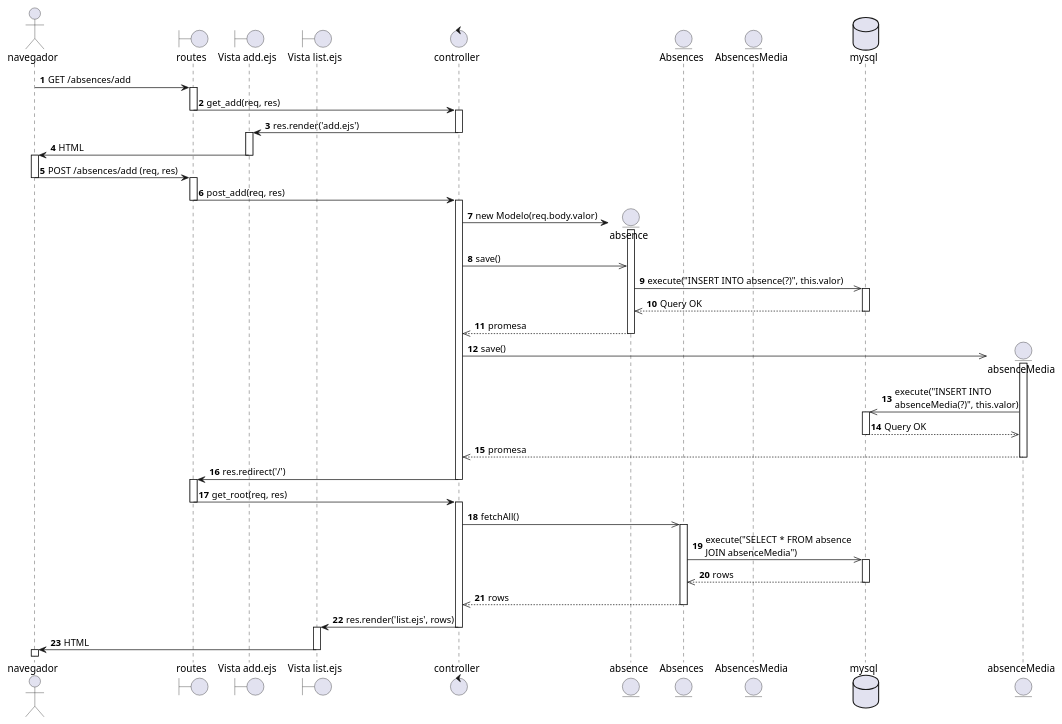
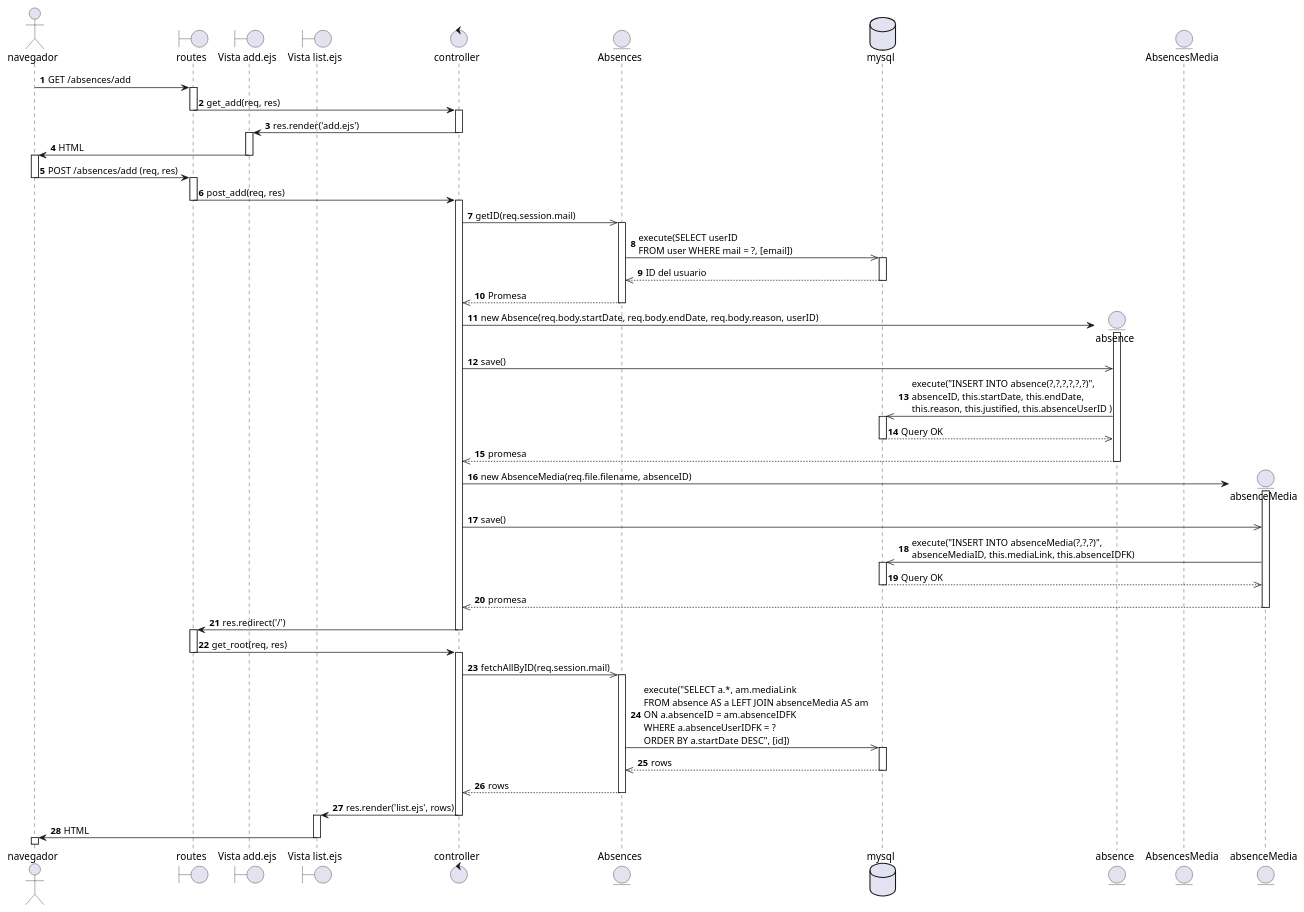
The diagram in diagrams/Casos de Uso/yael req fun/Diagramas de Secuencia/registrarAusencia.puml (EdCanCe/WorkCells), drawn with PlantUML before and after one commit. The commit also changed 3 other files, not shown here.

Commit message:
Update: diagramas de secuencia para absences y oneonone

```diff
--- a/diagrams/Casos de Uso/yael req fun/Diagramas de Secuencia/registrarAusencia.puml
+++ b/diagrams/Casos de Uso/yael req fun/Diagramas de Secuencia/registrarAusencia.puml
@@ -1,79 +1,87 @@
 @startuml
 
 actor navegador
 boundary routes
 boundary "Vista add.ejs" as add
 boundary "Vista list.ejs" as list
 control controller
 
 autonumber
 navegador -> routes: GET /absences/add
 activate routes
 routes -> controller: get_add(req, res)
 deactivate routes
 activate controller
 controller -> add: res.render('add.ejs')
 deactivate controller
 activate add
 add -> navegador: HTML
 deactivate add
 activate navegador
 
 navegador -> routes: POST /absences/add (req, res)
 deactivate navegador
 activate routes
 routes -> controller: post_add(req, res)
 deactivate routes
 activate controller
 
+entity Absences
+database mysql
+controller ->> Absences: getID(req.session.mail)
+activate Absences
+Absences ->> mysql: execute(SELECT userID \nFROM user WHERE mail = ?, [email])
+activate mysql
+mysql -->> Absences: ID del usuario
+deactivate mysql
+Absences -->> controller: Promesa
+deactivate Absences
+
 create entity absence
-controller -> absence: new Modelo(req.body.valor)
+controller -> absence: new Absence(req.body.startDate, req.body.endDate, req.body.reason, userID)
 activate absence
 controller ->> absence: save()
 
-entity Absences
 entity AbsencesMedia
-database mysql
 
-absence ->> mysql: execute("INSERT INTO absence(?)", this.valor)
+absence ->> mysql: execute("INSERT INTO absence(?,?,?,?,?,?)",\nabsenceID, this.startDate, this.endDate, \nthis.reason, this.justified, this.absenceUserID )
 activate mysql
 mysql -->> absence: Query OK
 deactivate mysql
 absence -->> controller: promesa
 deactivate absence
 
 create entity absenceMedia
+controller -> absenceMedia: new AbsenceMedia(req.file.filename, absenceID)
+activate absenceMedia
 controller ->> absenceMedia : save()
-activate absenceMedia
-absenceMedia ->> mysql: execute("INSERT INTO \nabsenceMedia(?)", this.valor)
+absenceMedia ->> mysql: execute("INSERT INTO absenceMedia(?,?,?)", \nabsenceMediaID, this.mediaLink, this.absenceIDFK)
 activate mysql
 mysql -->> absenceMedia: Query OK
 deactivate mysql
 absenceMedia -->> controller: promesa
 deactivate absenceMedia
 
 controller -> routes: res.redirect('/')
 deactivate controller
 
 activate routes
 routes -> controller: get_root(req, res)
 deactivate routes
 activate controller
-controller ->> Absences: fetchAll()
+controller ->> Absences: fetchAllByID(req.session.mail)
 activate Absences
-Absences ->> mysql: execute("SELECT * FROM absence \nJOIN absenceMedia")
+Absences ->> mysql: execute("SELECT a.*, am.mediaLink \nFROM absence AS a LEFT JOIN absenceMedia AS am \nON a.absenceID = am.absenceIDFK \nWHERE a.absenceUserIDFK = ? \nORDER BY a.startDate DESC", [id])
 activate mysql
 mysql -->> Absences: rows
 deactivate mysql
 Absences -->> controller: rows
 deactivate Absences
 
 controller -> list: res.render('list.ejs', rows)
 deactivate controller
 activate list
 list -> navegador: HTML
 deactivate list
 activate navegador
-
-
 @enduml
```
